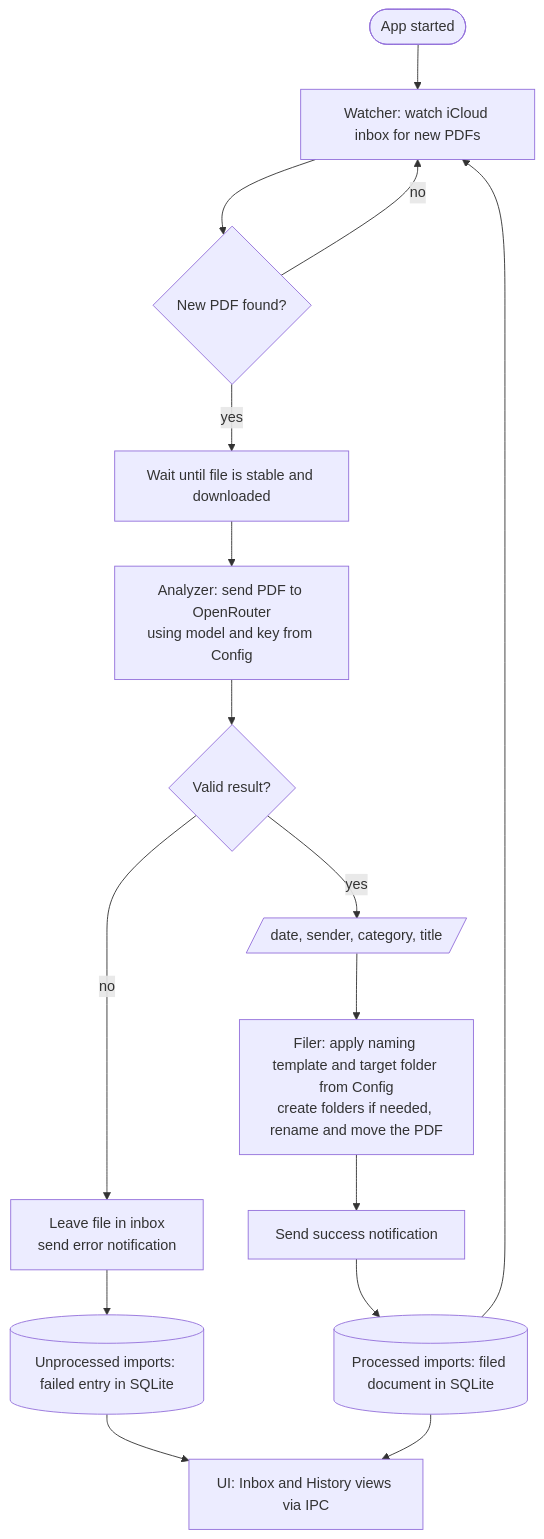
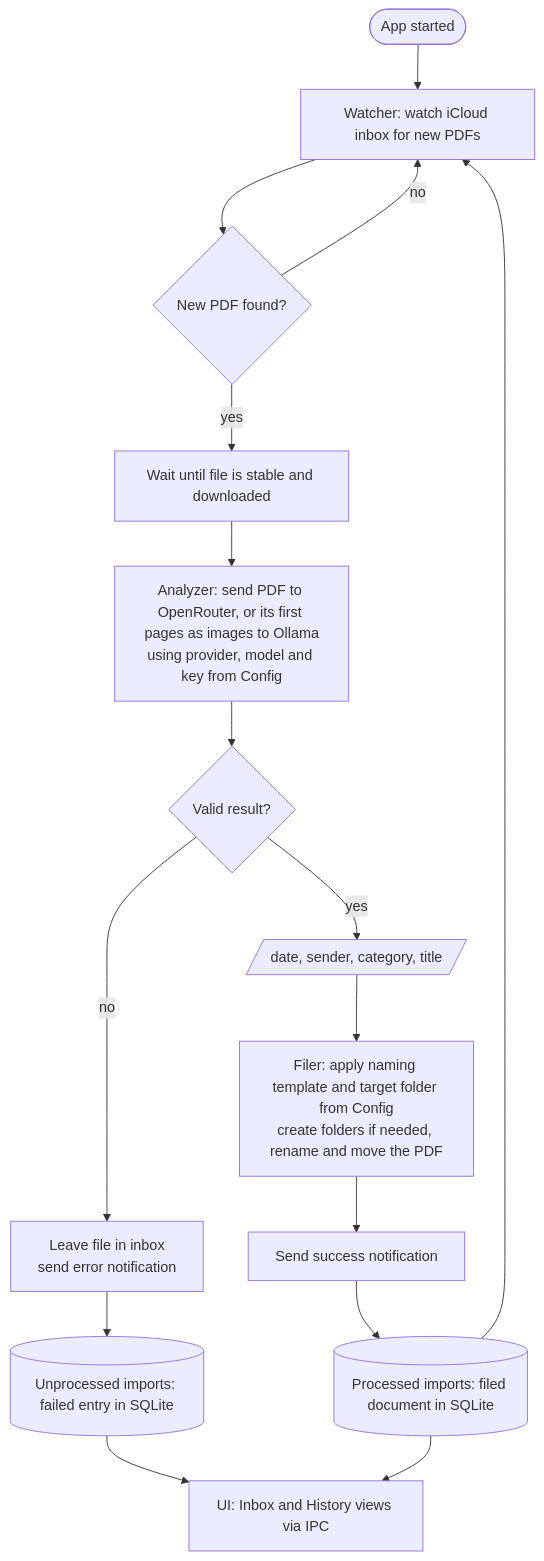
Before and after one commit to FlrnDml/filey: the second of 2 diagrams in docs/arc42.md, drawn with Mermaid. The commit also changed other lines of this file and 64 other files, not shown here.

First line of the commit message:
feat: add local AI provider (Ollama) (#21)

````diff
--- a/docs/arc42.md
+++ b/docs/arc42.md
@@ -125,18 +126,18 @@
 ```mermaid
 flowchart TD
     Start([App started]) --> Watch[Watcher: watch iCloud inbox for new PDFs]
     Watch --> New{New PDF found?}
     New -- no --> Watch
     New -- yes --> Ready[Wait until file is stable and downloaded]
-    Ready --> Analyze[Analyzer: send PDF to OpenRouter<br/>using model and key from Config]
+    Ready --> Analyze[Analyzer: send PDF to OpenRouter, or its first pages as images to Ollama<br/>using provider, model and key from Config]
     Analyze --> Result{Valid result?}
     Result -- no --> Fail[Leave file in inbox<br/>send error notification]
     Result -- yes --> Info[/date, sender, category, title/]
     Info --> File[Filer: apply naming template and target folder from Config<br/>create folders if needed, rename and move the PDF]
     File --> Done[Send success notification]
     Done --> Hist[(Processed imports: filed document in SQLite)]
     Fail --> Inbox[(Unprocessed imports: failed entry in SQLite)]
     Hist --> UI[UI: Inbox and History views via IPC]
     Inbox --> UI
     Hist --> Watch
 ```
````
